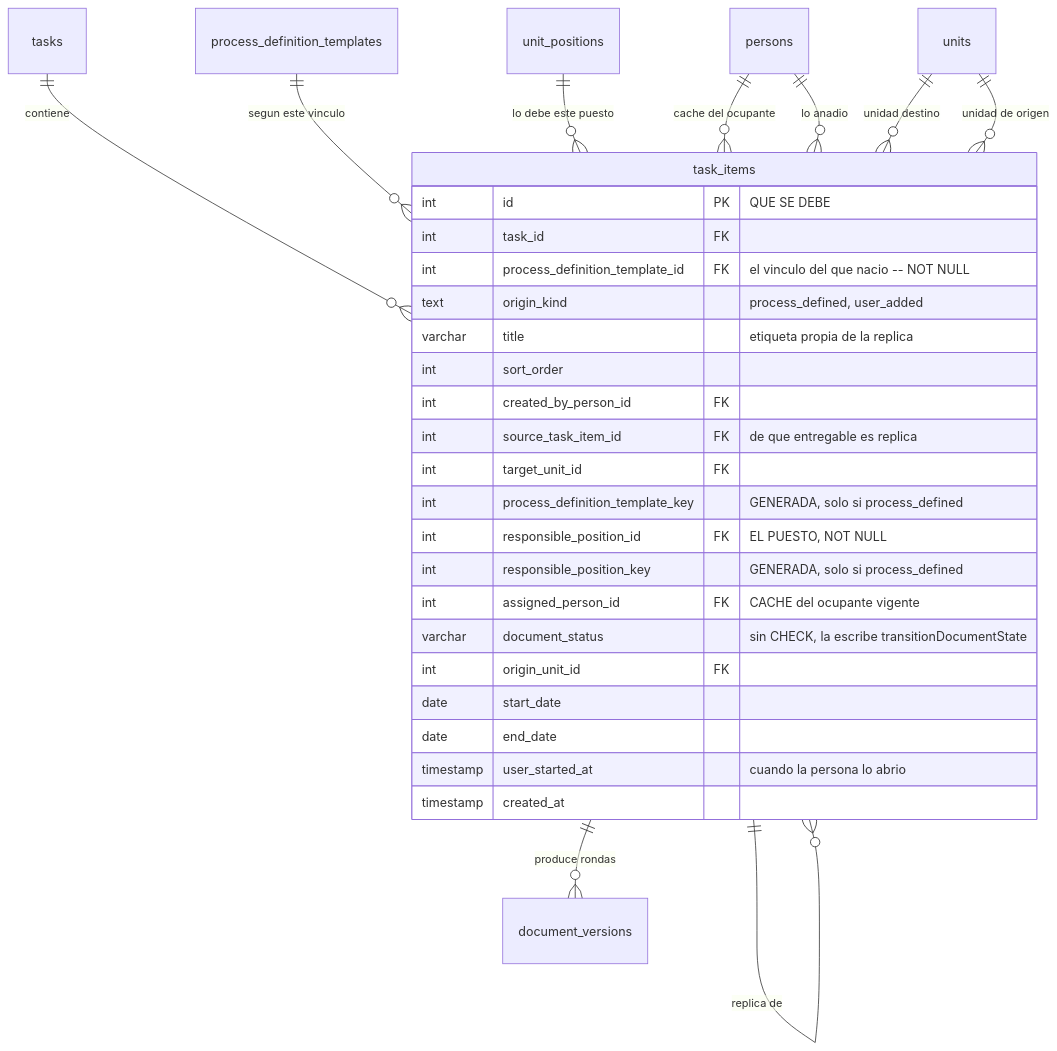
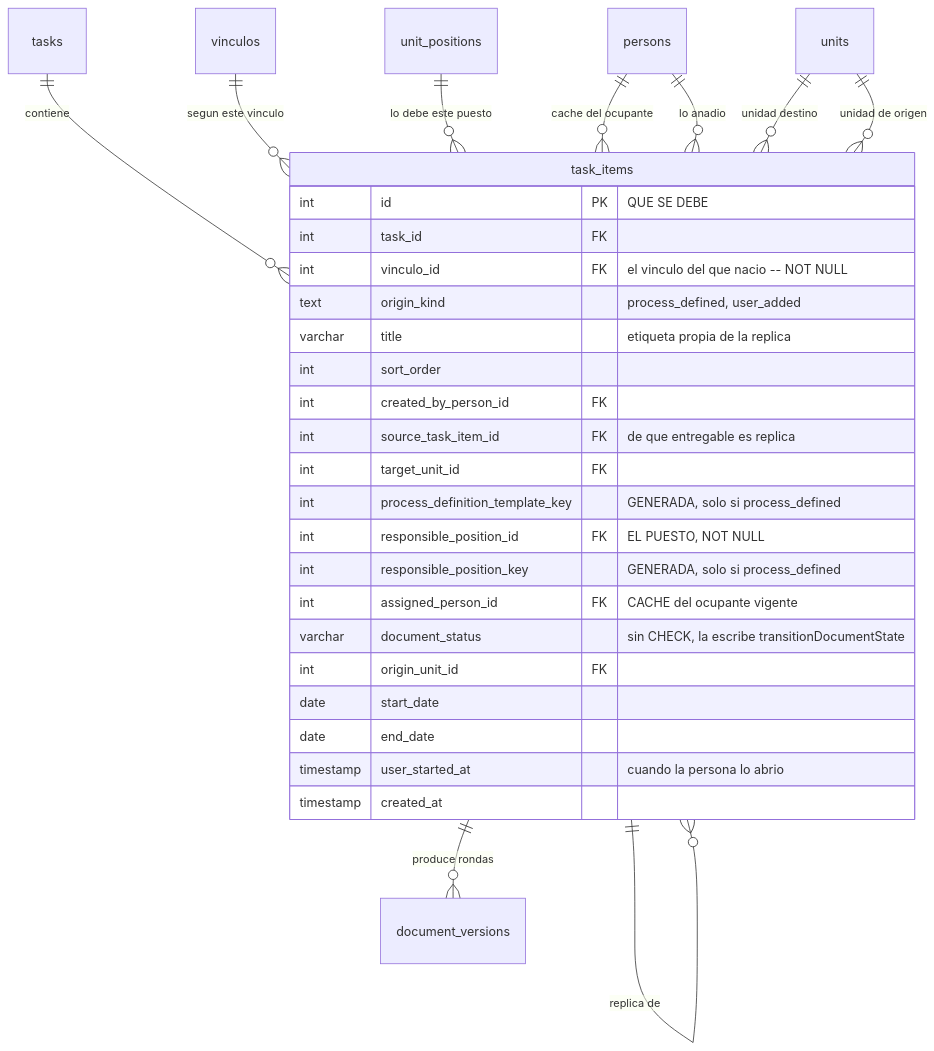
The diagram in docs/src/content/docs/modelo/entregable-concreto.md (fresvel/deasy), drawn with Mermaid before and after one commit. The commit also changed other lines of this file and 172 other files, not shown here.

````diff
--- a/docs/src/content/docs/modelo/entregable-concreto.md
+++ b/docs/src/content/docs/modelo/entregable-concreto.md
@@ -106,34 +106,34 @@
 ```mermaid
 erDiagram
   tasks ||--o{ task_items : "contiene"
-  process_definition_templates ||--o{ task_items : "segun este vinculo"
+  vinculos ||--o{ task_items : "segun este vinculo"
   unit_positions ||--o{ task_items : "lo debe este puesto"
   persons ||--o{ task_items : "cache del ocupante"
   persons ||--o{ task_items : "lo anadio"
   units ||--o{ task_items : "unidad destino"
   units ||--o{ task_items : "unidad de origen"
   task_items ||--o{ task_items : "replica de"
   task_items ||--o{ document_versions : "produce rondas"
 
   task_items {
     int id PK "QUE SE DEBE"
     int task_id FK
-    int process_definition_template_id FK "el vinculo del que nacio -- NOT NULL"
+    int vinculo_id FK "el vinculo del que nacio -- NOT NULL"
     text origin_kind "process_defined, user_added"
     varchar title "etiqueta propia de la replica"
     int sort_order
     int created_by_person_id FK
     int source_task_item_id FK "de que entregable es replica"
     int target_unit_id FK
     int process_definition_template_key "GENERADA, solo si process_defined"
     int responsible_position_id FK "EL PUESTO, NOT NULL"
     int responsible_position_key "GENERADA, solo si process_defined"
     int assigned_person_id FK "CACHE del ocupante vigente"
     varchar document_status "sin CHECK, la escribe transitionDocumentState"
     int origin_unit_id FK
     date start_date
     date end_date
     timestamp user_started_at "cuando la persona lo abrio"
     timestamp created_at
   }
 ```
````
